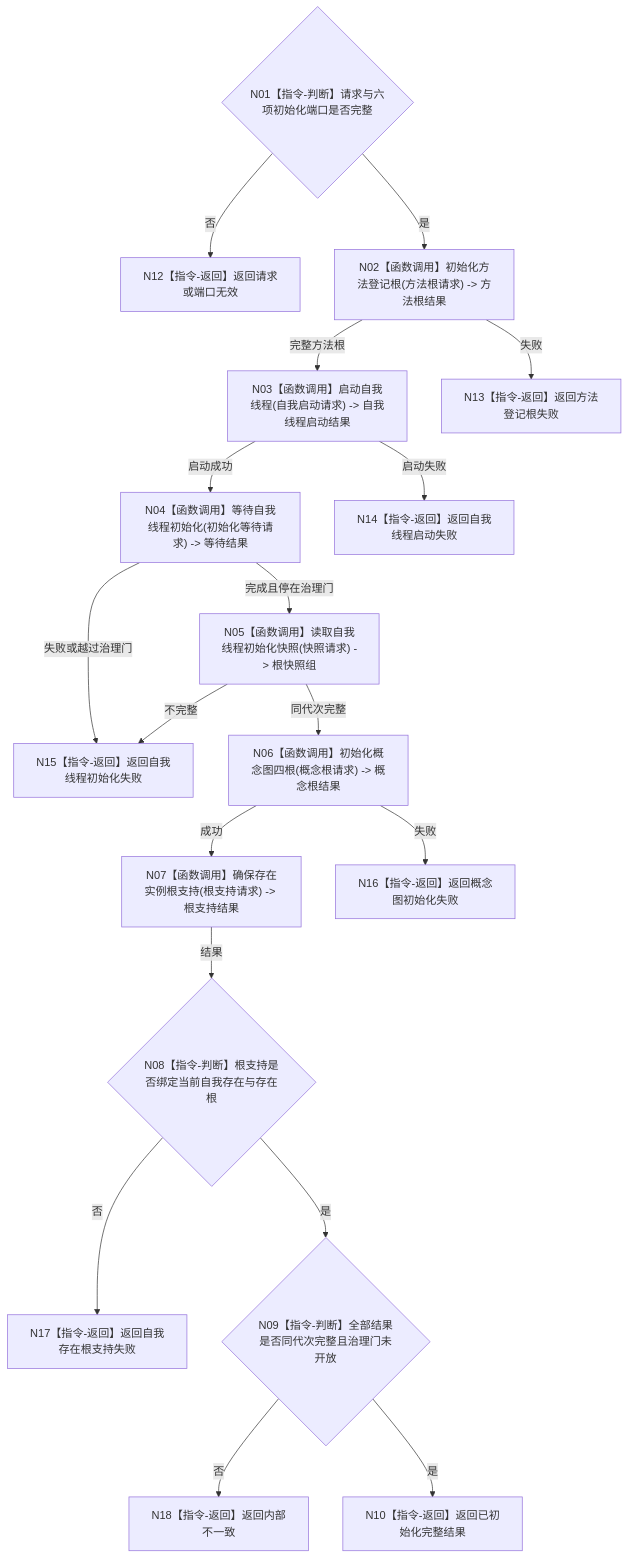
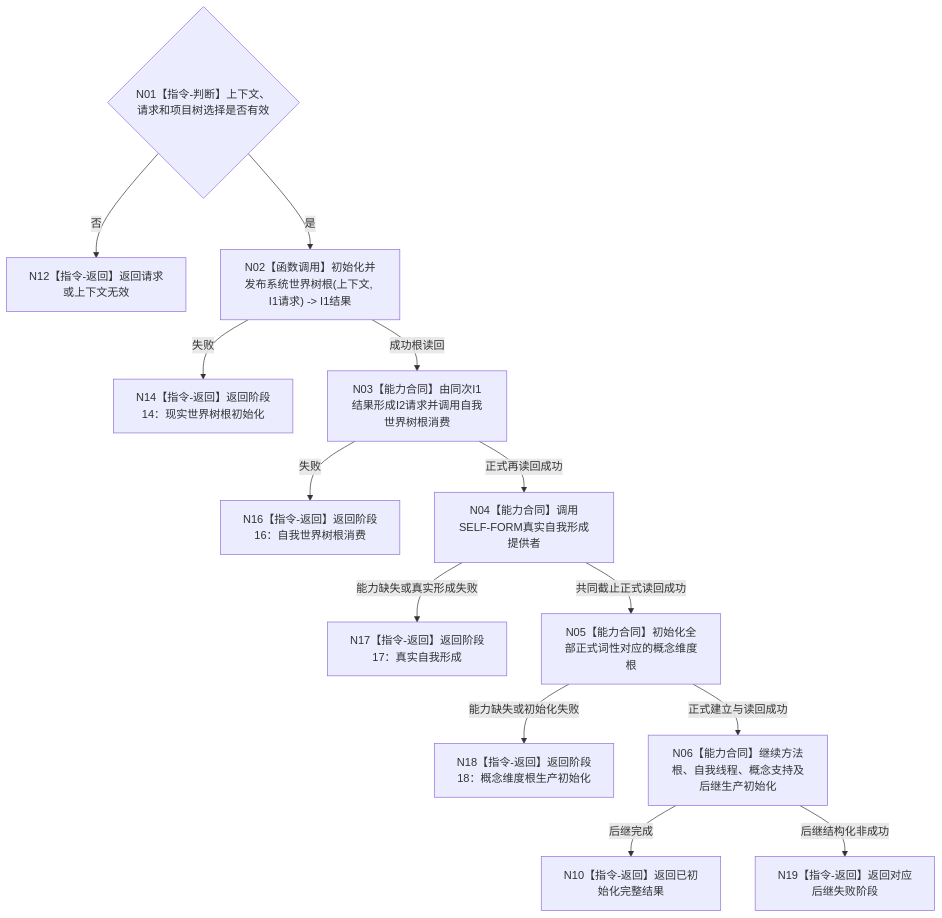
Before and after one commit to chunhaizh-cyber/HY-Ego: the diagram in 流程图/目标业务流程图/L2/BIZ-L2-001-03_初始化普通系统_目标函数流程图_v0.1.md, drawn with Mermaid. The commit also changed other lines of this file and 11 other files, not shown here.

````diff
--- a/流程图/目标业务流程图/L2/BIZ-L2-001-03_初始化普通系统_目标函数流程图_v0.1.md
+++ b/流程图/目标业务流程图/L2/BIZ-L2-001-03_初始化普通系统_目标函数流程图_v0.1.md
@@ -29,20 +29,15 @@
 ```mermaid
 flowchart TD
-    N01{"N01【指令-判断】请求与六项初始化端口是否完整"} -->|否| N12["N12【指令-返回】返回请求或端口无效"]
-    N01 -->|是| N02["N02【函数调用】初始化方法登记根(方法根请求) -> 方法根结果"]
-    N02 -->|完整方法根| N03["N03【函数调用】启动自我线程(自我启动请求) -> 自我线程启动结果"]
-    N02 -->|失败| N13["N13【指令-返回】返回方法登记根失败"]
-    N03 -->|启动成功| N04["N04【函数调用】等待自我线程初始化(初始化等待请求) -> 等待结果"]
-    N03 -->|启动失败| N14["N14【指令-返回】返回自我线程启动失败"]
-    N04 -->|完成且停在治理门| N05["N05【函数调用】读取自我线程初始化快照(快照请求) -> 根快照组"]
-    N04 -->|失败或越过治理门| N15["N15【指令-返回】返回自我线程初始化失败"]
-    N05 -->|同代次完整| N06["N06【函数调用】初始化概念图四根(概念根请求) -> 概念根结果"]
-    N05 -->|不完整| N15
-    N06 -->|成功| N07["N07【函数调用】确保存在实例根支持(根支持请求) -> 根支持结果"]
-    N06 -->|失败| N16["N16【指令-返回】返回概念图初始化失败"]
-    N07 -->|结果| N08{"N08【指令-判断】根支持是否绑定当前自我存在与存在根"}
-    N08 -->|否| N17["N17【指令-返回】返回自我存在根支持失败"]
-    N08 -->|是| N09{"N09【指令-判断】全部结果是否同代次完整且治理门未开放"}
-    N09 -->|否| N18["N18【指令-返回】返回内部不一致"]
-    N09 -->|是| N10["N10【指令-返回】返回已初始化完整结果"]
+    N01{"N01【指令-判断】上下文、请求和项目树选择是否有效"} -->|否| N12["N12【指令-返回】返回请求或上下文无效"]
+    N01 -->|是| N02["N02【函数调用】初始化并发布系统世界树根(上下文, I1请求) -> I1结果"]
+    N02 -->|失败| N14["N14【指令-返回】返回阶段14：现实世界树根初始化"]
+    N02 -->|成功根读回| N03["N03【能力合同】由同次I1结果形成I2请求并调用自我世界树根消费"]
+    N03 -->|失败| N16["N16【指令-返回】返回阶段16：自我世界树根消费"]
+    N03 -->|正式再读回成功| N04["N04【能力合同】调用SELF-FORM真实自我形成提供者"]
+    N04 -->|能力缺失或真实形成失败| N17["N17【指令-返回】返回阶段17：真实自我形成"]
+    N04 -->|共同截止正式读回成功| N05["N05【能力合同】初始化全部正式词性对应的概念维度根"]
+    N05 -->|能力缺失或初始化失败| N18["N18【指令-返回】返回阶段18：概念维度根生产初始化"]
+    N05 -->|正式建立与读回成功| N06["N06【能力合同】继续方法根、自我线程、概念支持及后继生产初始化"]
+    N06 -->|后继完成| N10["N10【指令-返回】返回已初始化完整结果"]
+    N06 -->|后继结构化非成功| N19["N19【指令-返回】返回对应后继失败阶段"]
 ```
````
